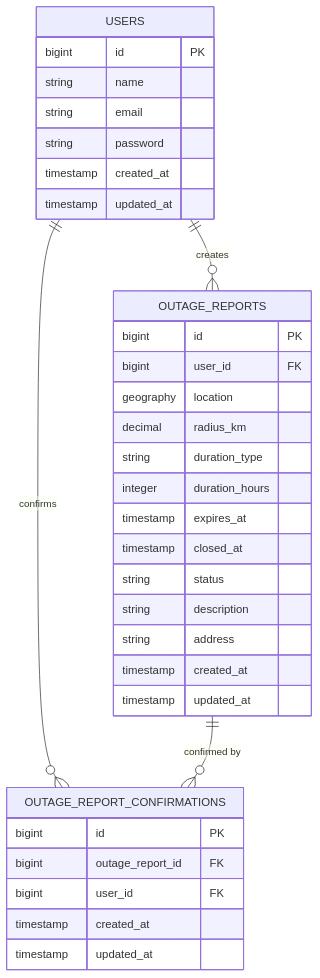
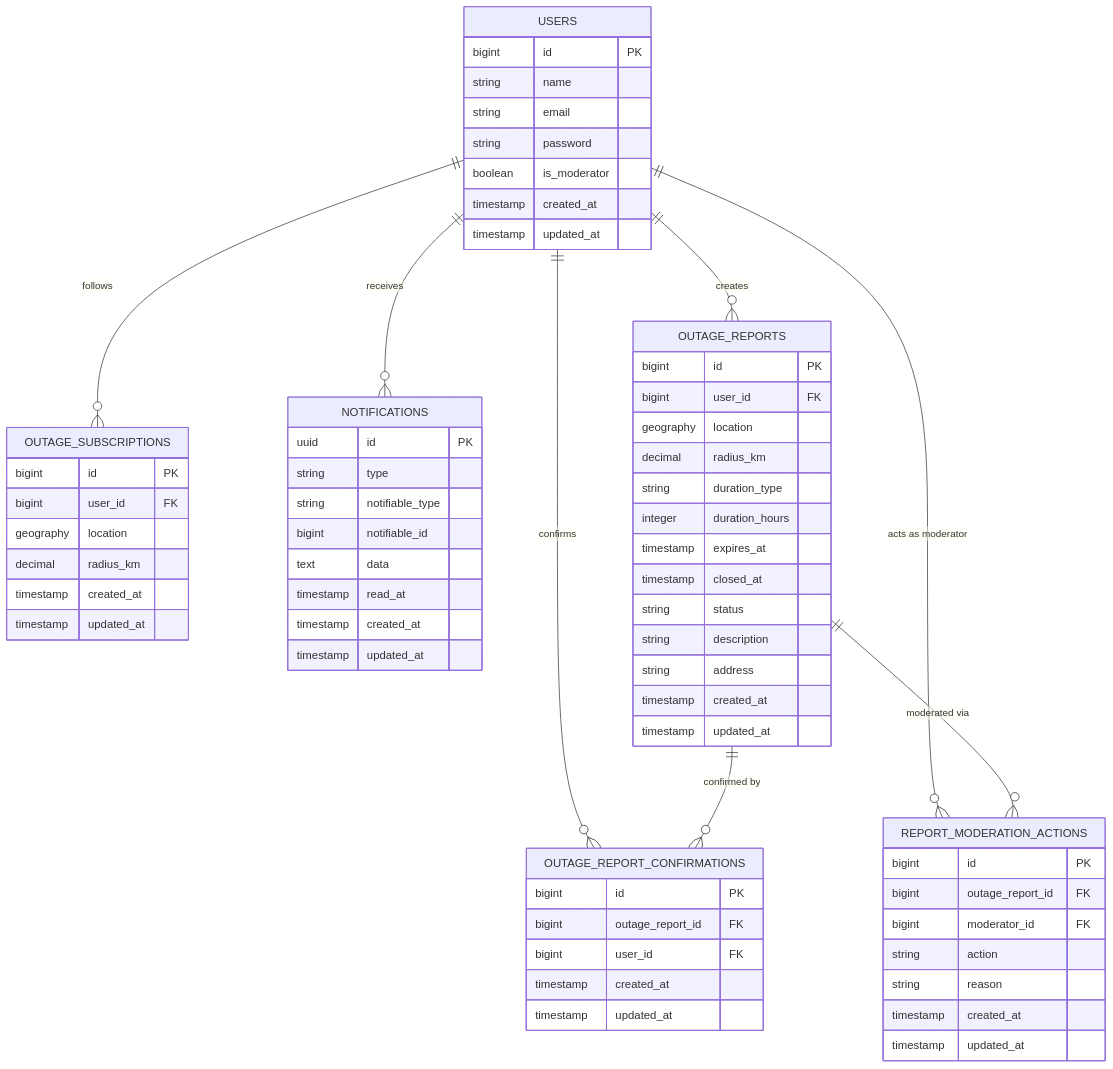
One commit to OdellChacon/Test-Map-Platform changed the second of 2 diagrams in ARCHITECTURE.md. Above: the diagram before and after it, drawn with Mermaid. The commit also changed other lines of this file and 3 other files, not shown here.

````diff
--- a/ARCHITECTURE.md
+++ b/ARCHITECTURE.md
@@ -38,36 +38,68 @@
 ```mermaid
 erDiagram
     USERS {
         bigint id PK
         string name
         string email
         string password
+        boolean is_moderator
+        timestamp created_at
+        timestamp updated_at
+    }
+    OUTAGE_SUBSCRIPTIONS {
+        bigint id PK
+        bigint user_id FK
+        geography location
+        decimal radius_km
+        timestamp created_at
+        timestamp updated_at
+    }
+    REPORT_MODERATION_ACTIONS {
+        bigint id PK
+        bigint outage_report_id FK
+        bigint moderator_id FK
+        string action
+        string reason
+        timestamp created_at
+        timestamp updated_at
+    }
+    NOTIFICATIONS {
+        uuid id PK
+        string type
+        string notifiable_type
+        bigint notifiable_id
+        text data
+        timestamp read_at
         timestamp created_at
         timestamp updated_at
     }
     OUTAGE_REPORTS {
         bigint id PK
         bigint user_id FK
         geography location
         decimal radius_km
         string duration_type
         integer duration_hours
         timestamp expires_at
         timestamp closed_at
         string status
         string description
         string address
         timestamp created_at
         timestamp updated_at
     }
     OUTAGE_REPORT_CONFIRMATIONS {
         bigint id PK
         bigint outage_report_id FK
         bigint user_id FK
         timestamp created_at
         timestamp updated_at
     }
     USERS ||--o{ OUTAGE_REPORTS : creates
     USERS ||--o{ OUTAGE_REPORT_CONFIRMATIONS : confirms
     OUTAGE_REPORTS ||--o{ OUTAGE_REPORT_CONFIRMATIONS : "confirmed by"
+    USERS ||--o{ OUTAGE_SUBSCRIPTIONS : follows
+    USERS ||--o{ REPORT_MODERATION_ACTIONS : "acts as moderator"
+    OUTAGE_REPORTS ||--o{ REPORT_MODERATION_ACTIONS : "moderated via"
+    USERS ||--o{ NOTIFICATIONS : receives
 ```
````
